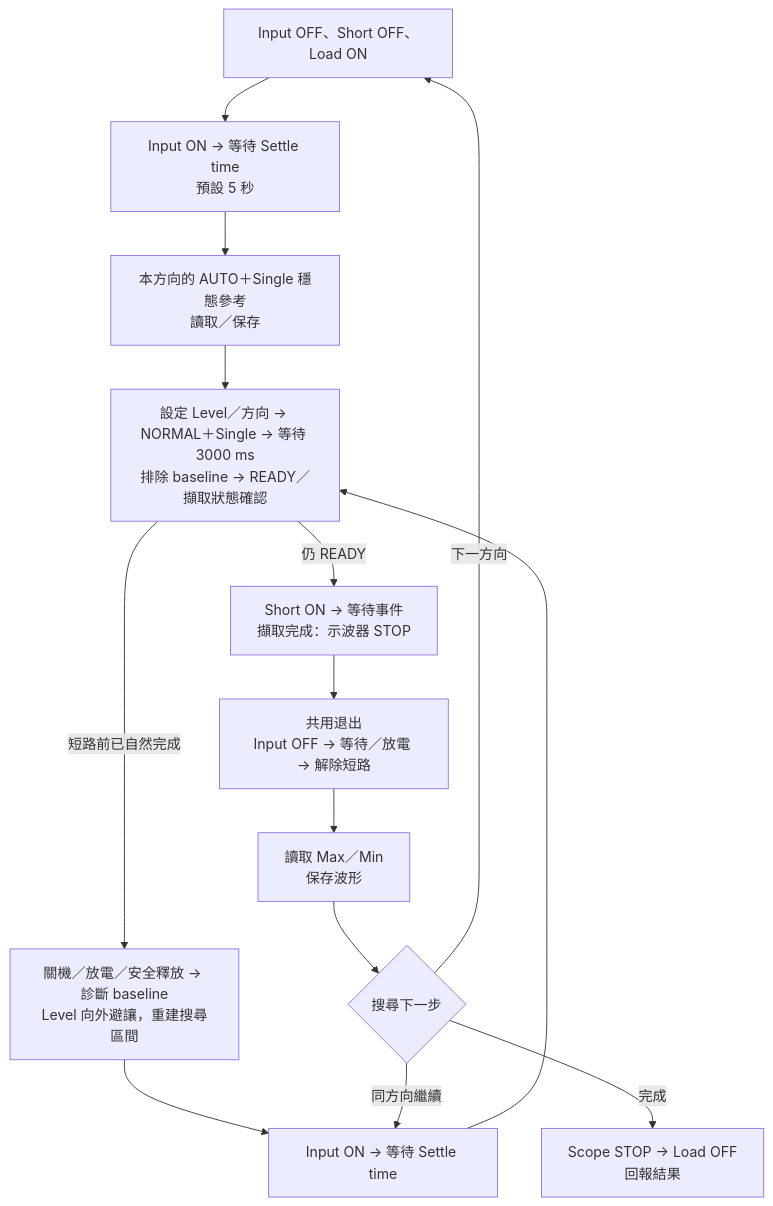
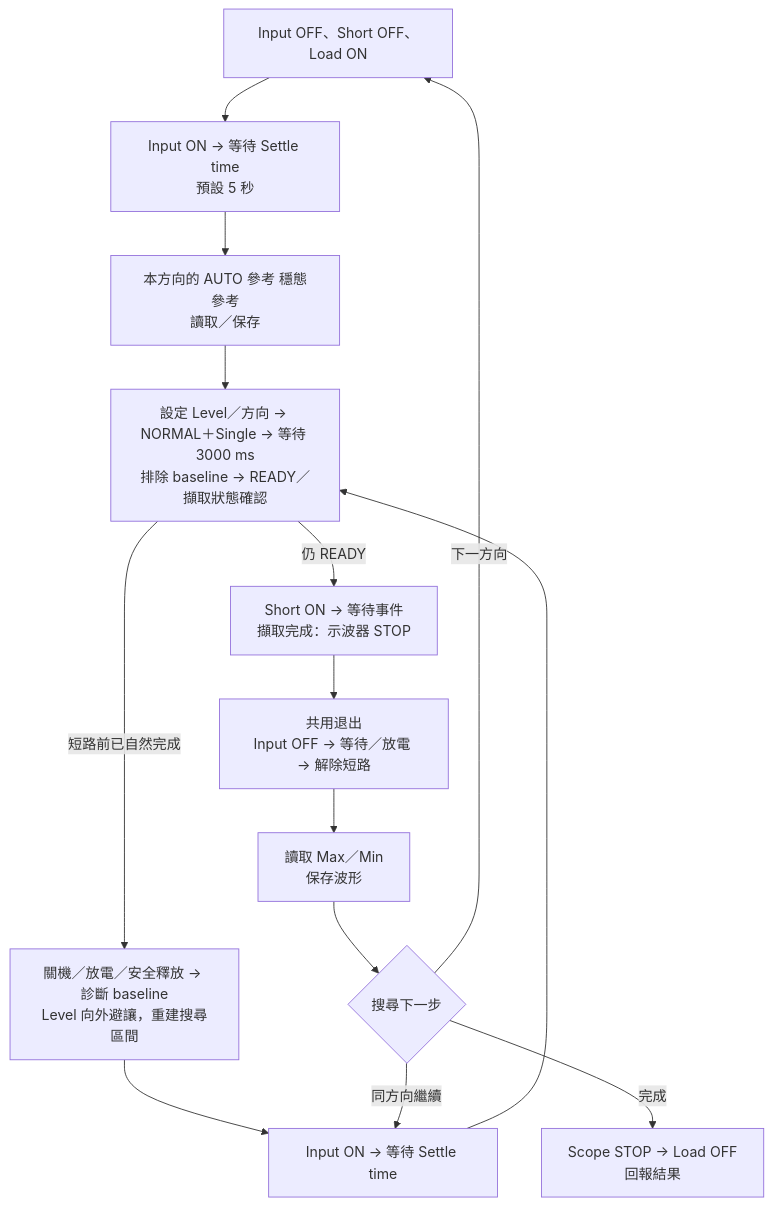
One commit to Jaxon-Su/ElectronicATE changed the third of 6 diagrams in MEASUREMENT_STRATEGIES.md. Above: the diagram before and after it, drawn with Mermaid. The commit also changed other lines of this file and 74 other files, not shown here.

````diff
--- a/MEASUREMENT_STRATEGIES.md
+++ b/MEASUREMENT_STRATEGIES.md
@@ -169,16 +182,16 @@
 ```mermaid
 flowchart TD
     A["Input OFF、Short OFF、Load ON"] --> B["Input ON → 等待 Settle time<br/>預設 5 秒"]
-    B --> C["本方向的 AUTO＋Single 穩態參考<br/>讀取／保存"]
+    B --> C["本方向的 AUTO 參考 穩態參考<br/>讀取／保存"]
     C --> D["設定 Level／方向 → NORMAL＋Single → 等待 3000 ms<br/>排除 baseline → READY／擷取狀態確認"]
     D -->|"短路前已自然完成"| E["關機／放電／安全釋放 → 診斷 baseline<br/>Level 向外避讓，重建搜尋區間"]
     E --> F["Input ON → 等待 Settle time"]
     F --> D
     D -->|"仍 READY"| G["Short ON → 等待事件<br/>擷取完成：示波器 STOP"]
     G --> H["共用退出<br/>Input OFF → 等待／放電 → 解除短路"]
     H --> I["讀取 Max／Min<br/>保存波形"]
     I --> J{"搜尋下一步"}
     J -->|"同方向繼續"| F
     J -->|"下一方向"| A
     J -->|"完成"| K["Scope STOP → Load OFF<br/>回報結果"]
 ```
````
